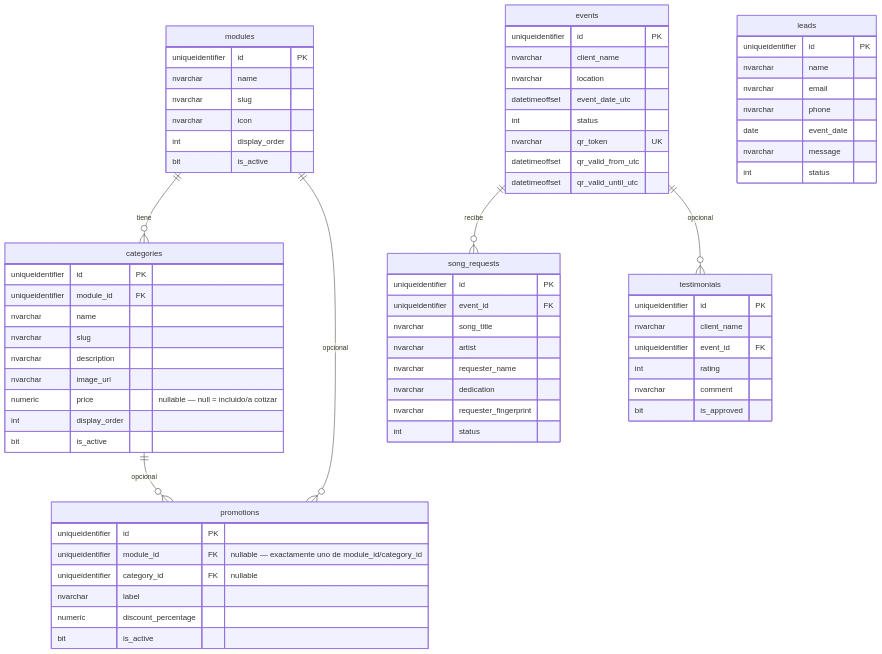
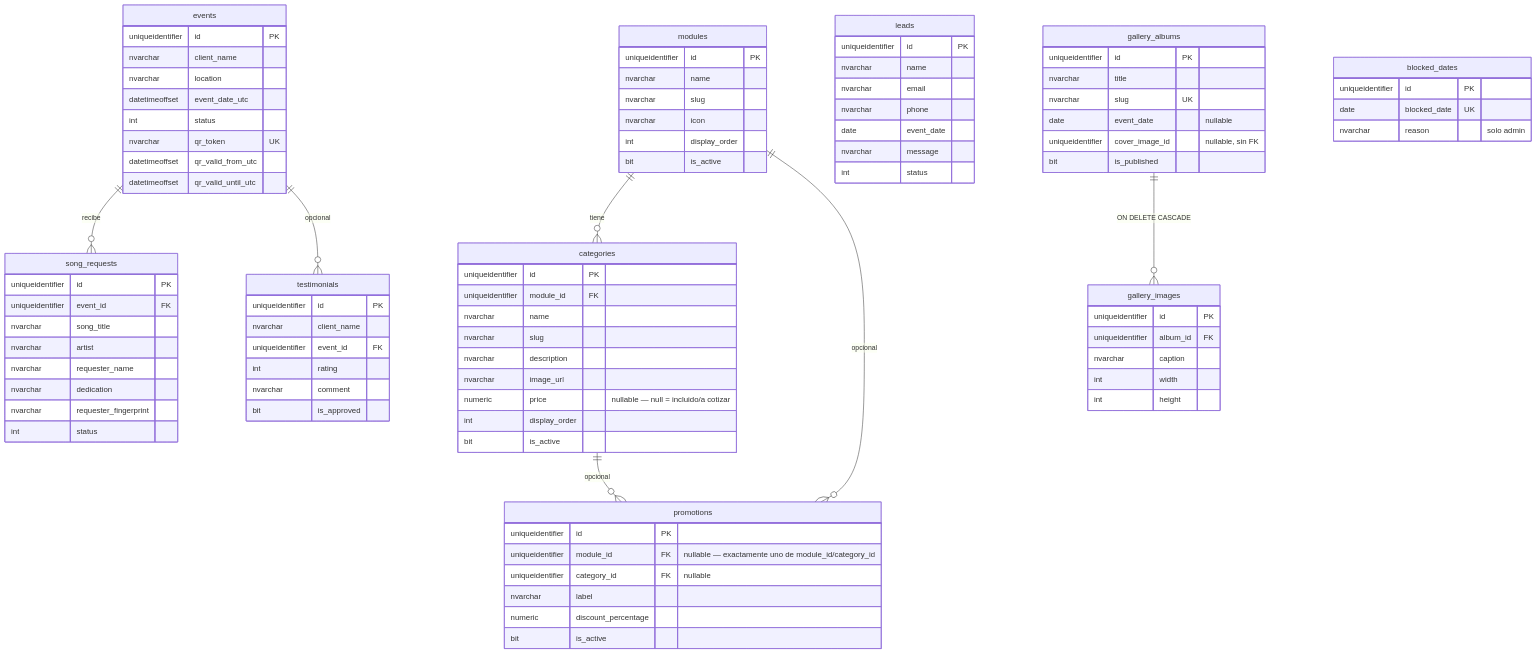
Before and after one commit to jfrodriguezva/DjMrkos: the diagram in docs/DATABASE.md, drawn with Mermaid. The commit also changed other lines of this file and 40 other files, not shown here.

First line of the commit message:
Add an event photo gallery and manual date blocking, both run from the admin panel

````diff
--- a/docs/DATABASE.md
+++ b/docs/DATABASE.md
@@ -76,4 +76,25 @@
         numeric discount_percentage
         bit is_active
     }
+    gallery_albums ||--o{ gallery_images : "ON DELETE CASCADE"
+    gallery_albums {
+        uniqueidentifier id PK
+        nvarchar title
+        nvarchar slug UK
+        date event_date "nullable"
+        uniqueidentifier cover_image_id "nullable, sin FK"
+        bit is_published
+    }
+    gallery_images {
+        uniqueidentifier id PK
+        uniqueidentifier album_id FK
+        nvarchar caption
+        int width
+        int height
+    }
+    blocked_dates {
+        uniqueidentifier id PK
+        date blocked_date UK
+        nvarchar reason "solo admin"
+    }
 ```
````
